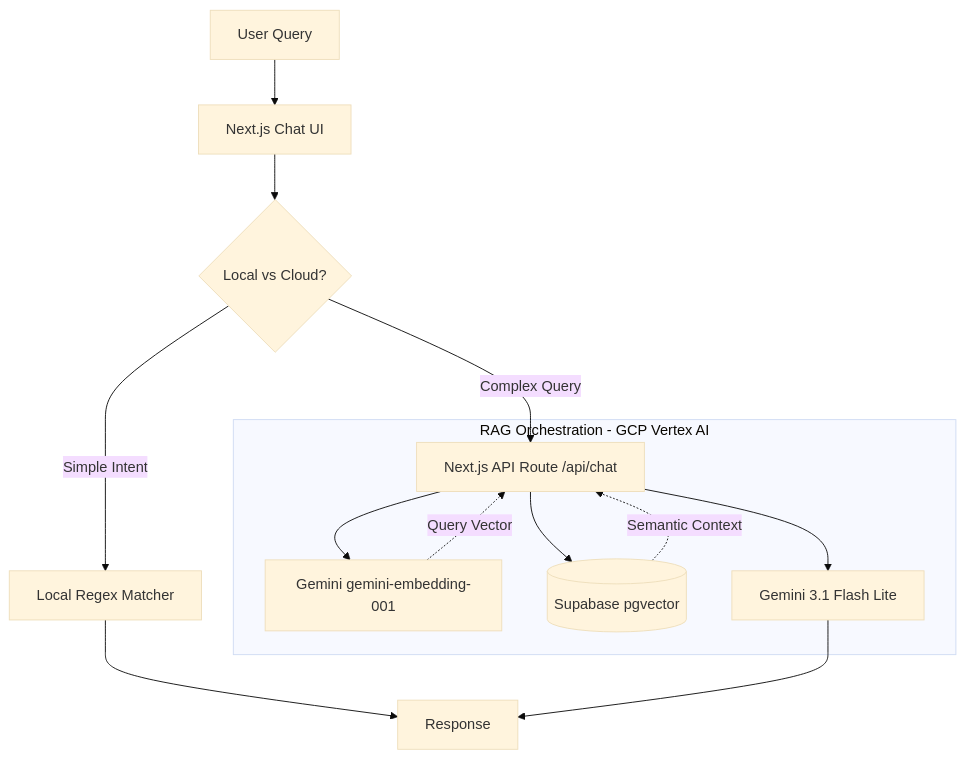
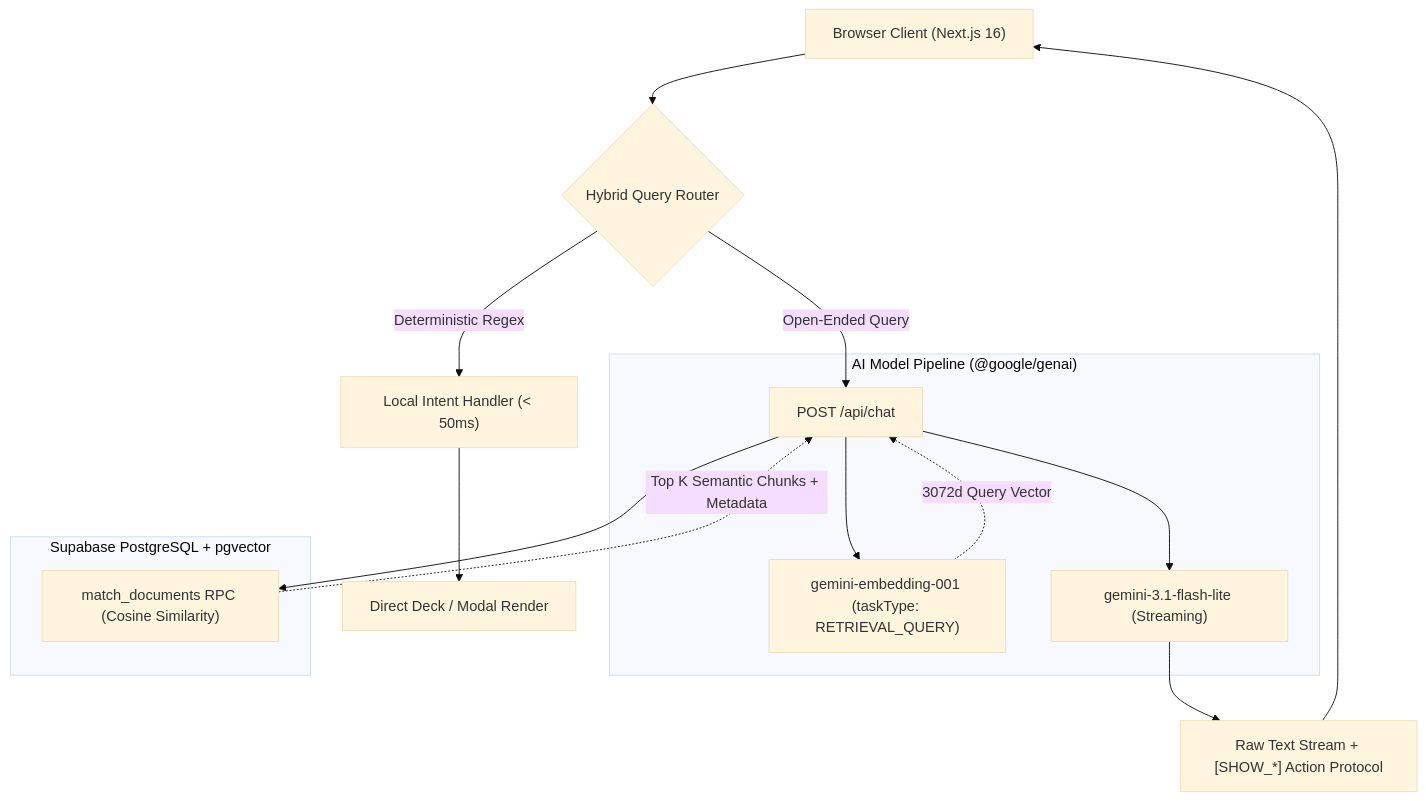
The diagram in README.md (aadvxe/AI-powered-portfolio), drawn with Mermaid (base theme) before and after one commit. The commit also changed other lines of this file, not shown here.

````diff
--- a/README.md
+++ b/README.md
@@ -9,20 +9,23 @@
 ```mermaid
 graph TD
-    User["User Query"] --> Frontend["Next.js Chat UI"]
-    Frontend --> HybridRouter{"Local vs Cloud?"}
+    Client["Browser Client (Next.js 16)"] --> Router{"Hybrid Query Router"}
 
-    HybridRouter -- Simple Intent --> Local["Local Regex Matcher"]
-    Local --> Response["Response"]
+    Router -- Deterministic Regex --> LocalHandler["Local Intent Handler (< 50ms)"]
+    LocalHandler --> UIAction["Direct Deck / Modal Render"]
 
-    HybridRouter -- Complex Query --> API["Next.js API Route /api/chat"]
+    Router -- Open-Ended Query --> APIChat["POST /api/chat"]
 
-    subgraph RAG_Orchestration ["RAG Orchestration - GCP Vertex AI"]
-    API --> Embed["Gemini gemini-embedding-001"]
-    Embed -.->|Query Vector| API
-    API --> VectorDB[("Supabase pgvector")]
-    VectorDB -.->|Semantic Context| API
-    API --> LLM["Gemini 3.1 Flash Lite"]
+    subgraph AI_Engine ["AI Model Pipeline (@google/genai)"]
+    APIChat --> GenEmbed["gemini-embedding-001 (taskType: RETRIEVAL_QUERY)"]
+    GenEmbed -.->|3072d Query Vector| APIChat
+    APIChat --> GenLLM["gemini-3.1-flash-lite (Streaming)"]
     end
 
-    LLM --> Response
+    subgraph Vector_DB ["Supabase PostgreSQL + pgvector"]
+    APIChat --> RPC["match_documents RPC (Cosine Similarity)"]
+    RPC -.->|Top K Semantic Chunks + Metadata| APIChat
+    end
+
+    GenLLM --> Stream["Raw Text Stream + [SHOW_*] Action Protocol"]
+    Stream --> Client
 ```
````
